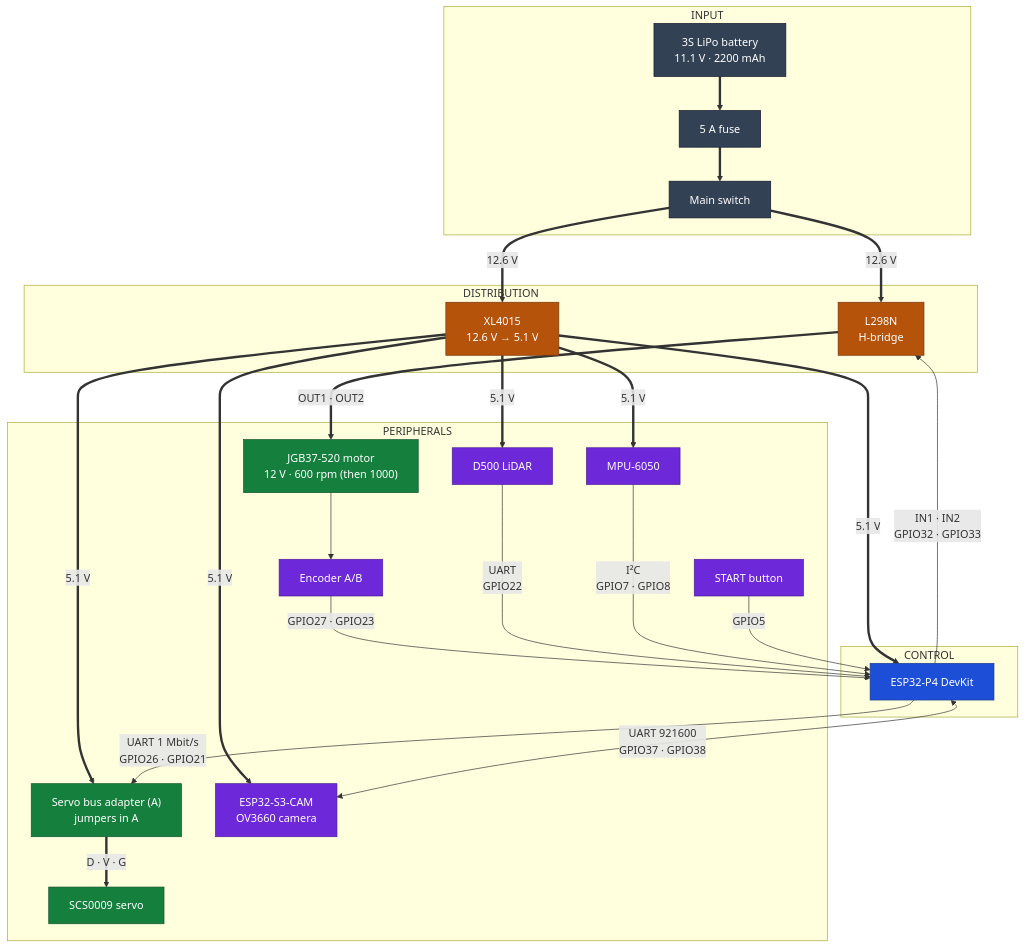
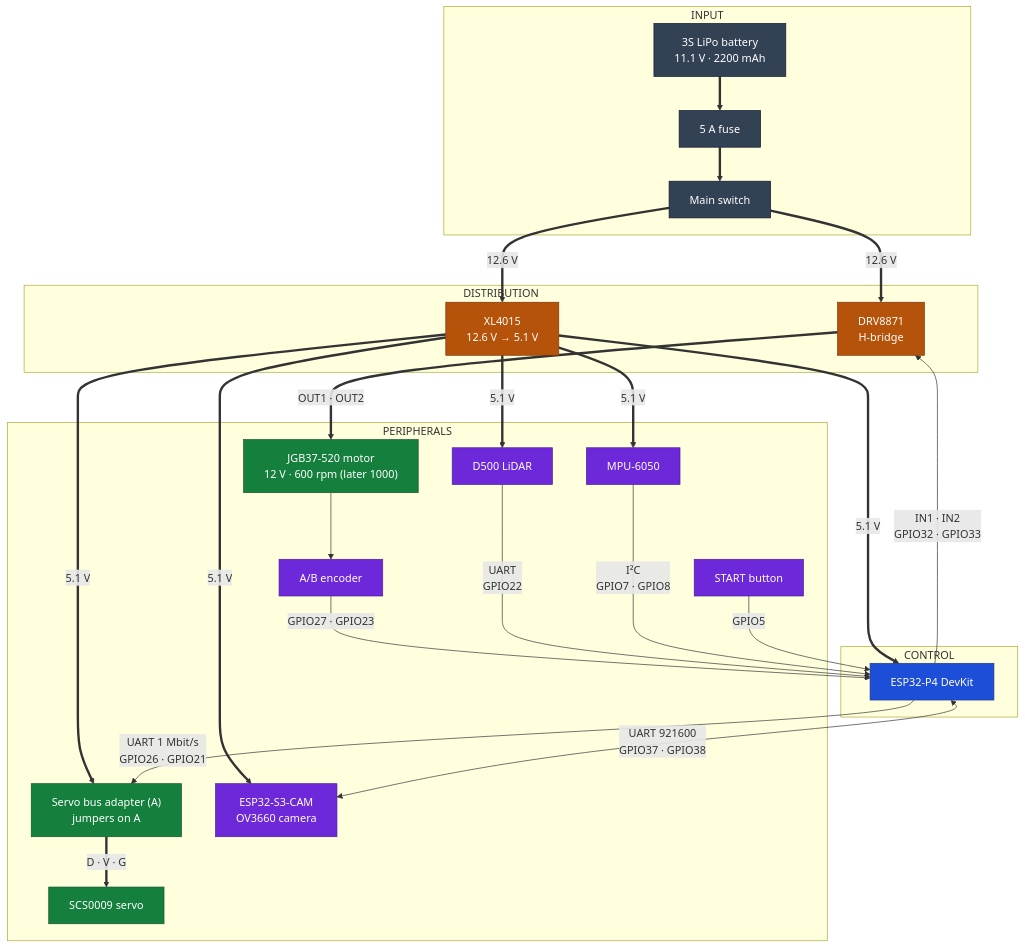
Before and after one commit to Eddym06/AutoNex: the first of 5 diagrams in docs/ELECTRONICS.md, drawn with Mermaid. The commit also changed other lines of this file, not shown here.

Commit message:
actualizacion del driver a DRV8871

````diff
--- a/docs/ELECTRONICS.md
+++ b/docs/ELECTRONICS.md
@@ -88,59 +95,59 @@
 ```mermaid
 flowchart TB
-    subgraph INPUT["INPUT"]
+    subgraph ENT["INPUT"]
         BAT["3S LiPo battery<br/>11.1 V · 2200 mAh"]
         FUS["5 A fuse"]
         SW["Main switch"]
     end
 
     subgraph DIST["DISTRIBUTION"]
-        L298["L298N<br/>H-bridge"]
+        DRV["DRV8871<br/>H-bridge"]
         BUCK["XL4015<br/>12.6 V → 5.1 V"]
     end
 
     subgraph CTRL["CONTROL"]
         P4["ESP32-P4 DevKit"]
     end
 
     subgraph PER["PERIPHERALS"]
-        MOT["JGB37-520 motor<br/>12 V · 600 rpm (then 1000)"]
-        ENC["Encoder A/B"]
-        ADP["Servo bus adapter (A)<br/>jumpers in A"]
+        MOT["JGB37-520 motor<br/>12 V · 600 rpm (later 1000)"]
+        ENC["A/B encoder"]
+        ADP["Servo bus adapter (A)<br/>jumpers on A"]
         SRV["SCS0009 servo"]
         LID["D500 LiDAR"]
         IMU["MPU-6050"]
         BTN["START button"]
         S3CAM["ESP32-S3-CAM<br/>OV3660 camera"]
     end
 
     BAT ==> FUS ==> SW
-    SW ==>|"12.6 V"| L298
+    SW ==>|"12.6 V"| DRV
     SW ==>|"12.6 V"| BUCK
     BUCK ==>|"5.1 V"| P4
     BUCK ==>|"5.1 V"| ADP
     BUCK ==>|"5.1 V"| LID
     BUCK ==>|"5.1 V"| IMU
     BUCK ==>|"5.1 V"| S3CAM
-    L298 ==>|"OUT1 · OUT2"| MOT
+    DRV ==>|"OUT1 · OUT2"| MOT
     MOT --> ENC
-    P4 -->|"IN1 · IN2<br/>GPIO32 · GPIO33"| L298
+    P4 -->|"IN1 · IN2<br/>GPIO32 · GPIO33"| DRV
     ENC -->|"GPIO27 · GPIO23"| P4
     P4 -->|"UART 1 Mbit/s<br/>GPIO26 · GPIO21"| ADP
     ADP ==>|"D · V · G"| SRV
     LID -->|"UART<br/>GPIO22"| P4
     IMU -->|"I²C<br/>GPIO7 · GPIO8"| P4
     BTN -->|"GPIO5"| P4
     P4 <-->|"UART 921600<br/>GPIO37 · GPIO38"| S3CAM
 
-    classDef input fill:#334155,stroke:#0f172a,color:#ffffff
-    classDef distribution fill:#b45309,stroke:#78350f,color:#ffffff
-    classDef control fill:#1d4ed8,stroke:#1e3a8a,color:#ffffff
-    classDef actuator fill:#15803d,stroke:#14532d,color:#ffffff
-    classDef sensor fill:#6d28d9,stroke:#4c1d95,color:#ffffff
+    classDef ent fill:#334155,stroke:#0f172a,color:#ffffff
+    classDef dist fill:#b45309,stroke:#78350f,color:#ffffff
+    classDef ctrl fill:#1d4ed8,stroke:#1e3a8a,color:#ffffff
+    classDef act fill:#15803d,stroke:#14532d,color:#ffffff
+    classDef sen fill:#6d28d9,stroke:#4c1d95,color:#ffffff
 
-    class BAT,FUS,SW input
-    class L298,BUCK distribution
-    class P4 control
-    class MOT,SRV,ADP actuator
-    class ENC,LID,IMU,BTN,S3CAM sensor
+    class BAT,FUS,SW ent
+    class DRV,BUCK dist
+    class P4 ctrl
+    class MOT,SRV,ADP act
+    class ENC,LID,IMU,BTN,S3CAM sen
 ```
````
